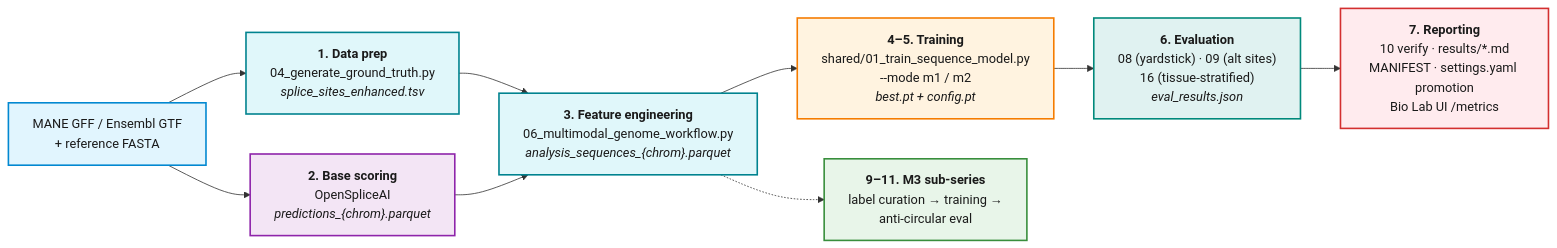
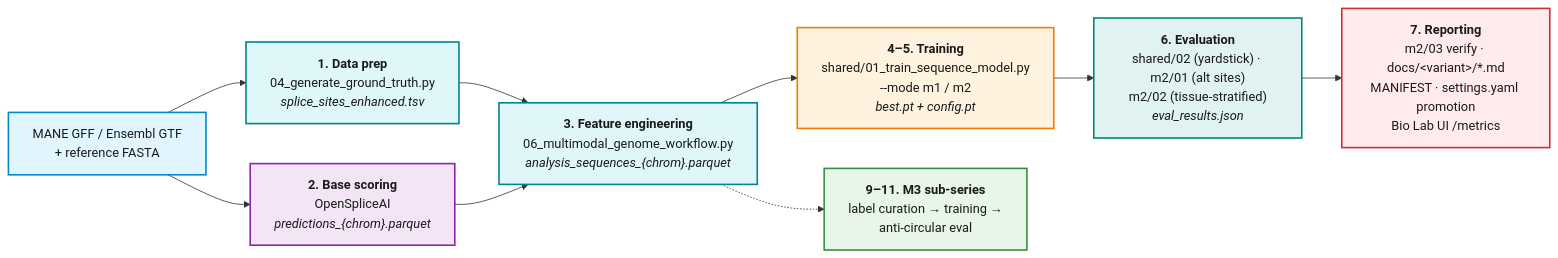
One commit to pleiadian53/agentic-spliceai changed the diagram in docs/workflows/meta_layer/README.md. Above: the diagram before and after it, drawn with Mermaid. The commit also changed other lines of this file and 59 other files, not shown here.

First line of the commit message:
refactor(meta_layer): docs mirror the script folders; results join their variant

````diff
--- a/docs/workflows/meta_layer/README.md
+++ b/docs/workflows/meta_layer/README.md
@@ -34,27 +34,27 @@
 ```mermaid
 flowchart LR
   A["MANE GFF / Ensembl GTF<br/>+ reference FASTA"] --> B["<b>1. Data prep</b><br/>04_generate_ground_truth.py<br/><i>splice_sites_enhanced.tsv</i>"]
   A --> C["<b>2. Base scoring</b><br/>OpenSpliceAI<br/><i>predictions_{chrom}.parquet</i>"]
   B --> D
   C --> D["<b>3. Feature engineering</b><br/>06_multimodal_genome_workflow.py<br/><i>analysis_sequences_{chrom}.parquet</i>"]
   D --> E["<b>4–5. Training</b><br/>shared/01_train_sequence_model.py<br/>--mode m1 / m2<br/><i>best.pt + config.pt</i>"]
-  E --> F["<b>6. Evaluation</b><br/>08 (yardstick) · 09 (alt sites)<br/>16 (tissue-stratified)<br/><i>eval_results.json</i>"]
-  F --> G["<b>7. Reporting</b><br/>10 verify · results/*.md<br/>MANIFEST · settings.yaml promotion<br/>Bio Lab UI /metrics"]
+  E --> F["<b>6. Evaluation</b><br/>shared/02 (yardstick) · m2/01 (alt sites)<br/>m2/02 (tissue-stratified)<br/><i>eval_results.json</i>"]
+  F --> G["<b>7. Reporting</b><br/>m2/03 verify · docs/&lt;variant&gt;/*.md<br/>MANIFEST · settings.yaml promotion<br/>Bio Lab UI /metrics"]
   D -.-> H["<b>9–11. M3 sub-series</b><br/>label curation → training →<br/>anti-circular eval"]
 
   classDef input fill:#e1f5fe,stroke:#0288d1,stroke-width:2px,color:#1a1a1a
   classDef data  fill:#e0f7fa,stroke:#00838f,stroke-width:2px,color:#1a1a1a
   classDef base  fill:#f3e5f5,stroke:#8e24aa,stroke-width:2px,color:#1a1a1a
   classDef train fill:#fff3e0,stroke:#f57c00,stroke-width:2px,color:#1a1a1a
   classDef eval  fill:#e0f2f1,stroke:#00897b,stroke-width:2px,color:#1a1a1a
   classDef report fill:#ffebee,stroke:#d32f2f,stroke-width:2px,color:#1a1a1a
   classDef m3    fill:#e8f5e9,stroke:#388e3c,stroke-width:2px,color:#1a1a1a
 
   class A input
   class B,D data
   class C base
   class E train
   class F eval
   class G report
   class H m3
 ```
````
